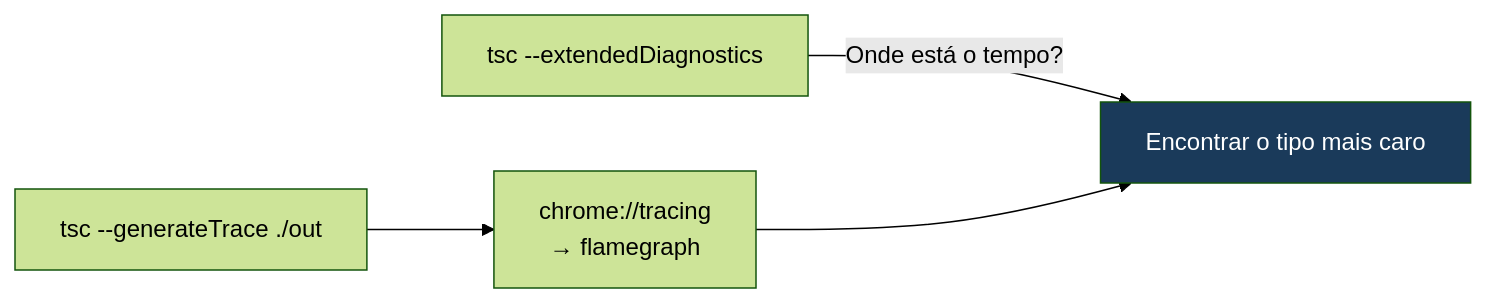
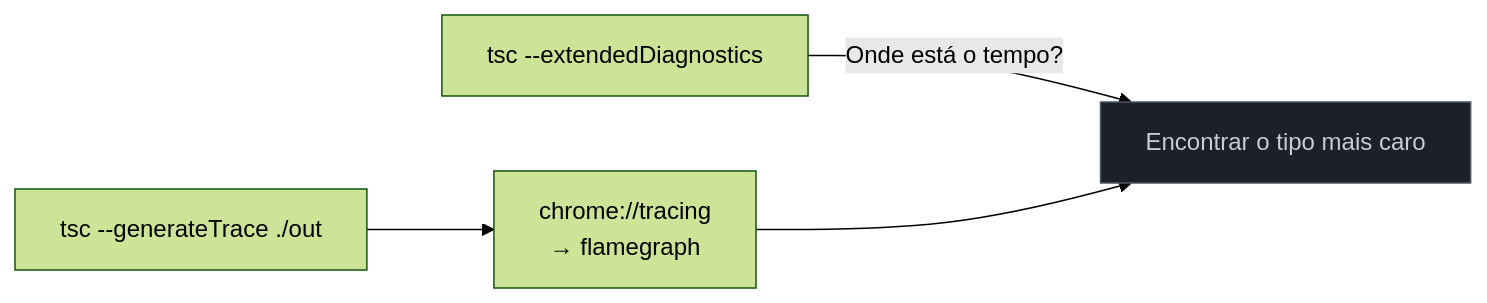
Before and after one commit to josenaldo/codex-technomanticus: the second of 8 diagrams in 03-Dominios/Tecnologia/TypeScript/25 - TypeScript em escala - performance do compilador e project references.md, drawn with Mermaid (forest theme). The commit also changed other lines of this file and 1181 other files, not shown here.

First line of the commit message:
fix(diagramas): paleta do sistema no lugar de cor cravada no markdown

````diff
--- a/03-Dominios/Tecnologia/TypeScript/25 - TypeScript em escala - performance do compilador e project references.md
+++ b/03-Dominios/Tecnologia/TypeScript/25 - TypeScript em escala - performance do compilador e project references.md
@@ -105,12 +106,13 @@
 ```mermaid
 flowchart LR
+    classDef neutro fill:#1B2029,stroke:#4E5666,color:#C6CCD8
     DIAG["tsc --extendedDiagnostics"]
     TRACE["tsc --generateTrace ./out"]
     FLAME["chrome://tracing\n→ flamegraph"]
     HOT["Encontrar o tipo mais caro"]
 
     DIAG -->|"Onde está o tempo?"| HOT
     TRACE --> FLAME --> HOT
 
-    style HOT fill:#1a3a5a,color:#fff
+    class HOT neutro
 ```
````
